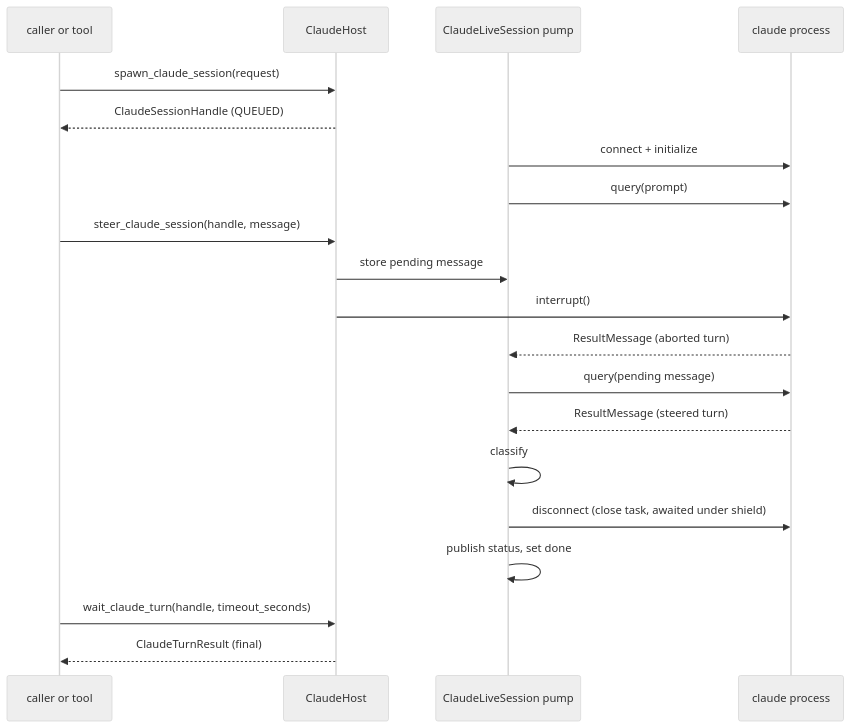
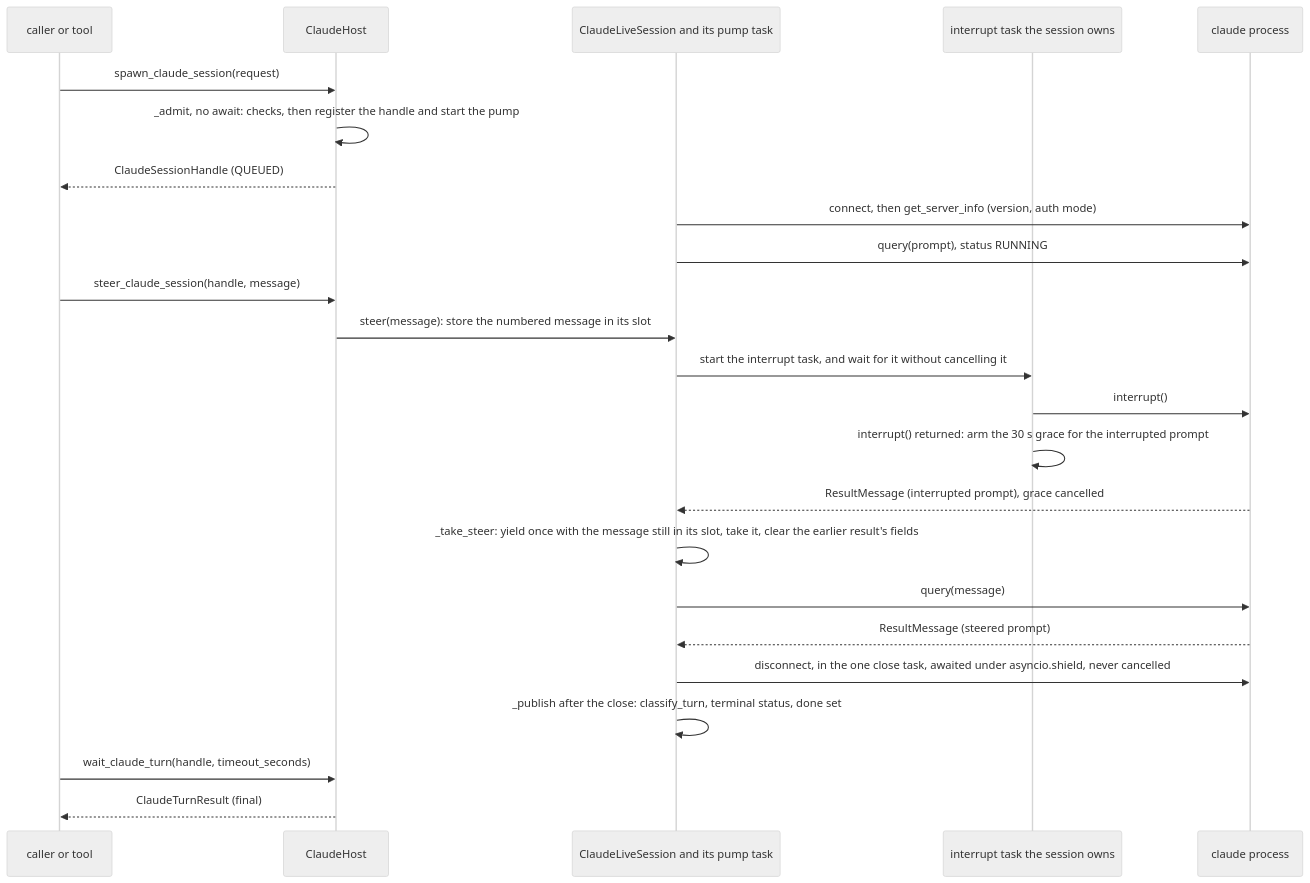
One commit to cerredz/Vidbyte-SDK changed the second of 2 diagrams in docs/spec/claude-host/spec.md. Above: the diagram before and after it, drawn with Mermaid (neutral theme). The commit also changed other lines of this file and 2 other files, not shown here.

Commit message:
docs(spec): redraw claude-host §5 and add Compatibility to the PR body

````diff
--- a/docs/spec/claude-host/spec.md
+++ b/docs/spec/claude-host/spec.md
@@ -172,22 +177,26 @@
 ```mermaid
 sequenceDiagram
   participant T as caller or tool
   participant H as ClaudeHost
-  participant S as ClaudeLiveSession pump
+  participant S as ClaudeLiveSession and its pump task
+  participant K as interrupt task the session owns
   participant C as claude process
   T->>H: spawn_claude_session(request)
+  H->>H: _admit, no await: checks, then register the handle and start the pump
   H-->>T: ClaudeSessionHandle (QUEUED)
-  S->>C: connect + initialize
-  S->>C: query(prompt)
+  S->>C: connect, then get_server_info (version, auth mode)
+  S->>C: query(prompt), status RUNNING
   T->>H: steer_claude_session(handle, message)
-  H->>S: store pending message
-  H->>C: interrupt()
-  C-->>S: ResultMessage (aborted turn)
-  S->>C: query(pending message)
-  C-->>S: ResultMessage (steered turn)
-  S->>S: classify
-  S->>C: disconnect (close task, awaited under shield)
-  S->>S: publish status, set done
+  H->>S: steer(message): store the numbered message in its slot
+  S->>K: start the interrupt task, and wait for it without cancelling it
+  K->>C: interrupt()
+  K->>K: interrupt() returned: arm the 30 s grace for the interrupted prompt
+  C-->>S: ResultMessage (interrupted prompt), grace cancelled
+  S->>S: _take_steer: yield once with the message still in its slot, take it, clear the earlier result's fields
+  S->>C: query(message)
+  C-->>S: ResultMessage (steered prompt)
+  S->>C: disconnect, in the one close task, awaited under asyncio.shield, never cancelled
+  S->>S: _publish after the close: classify_turn, terminal status, done set
   T->>H: wait_claude_turn(handle, timeout_seconds)
   H-->>T: ClaudeTurnResult (final)
 ```
````
